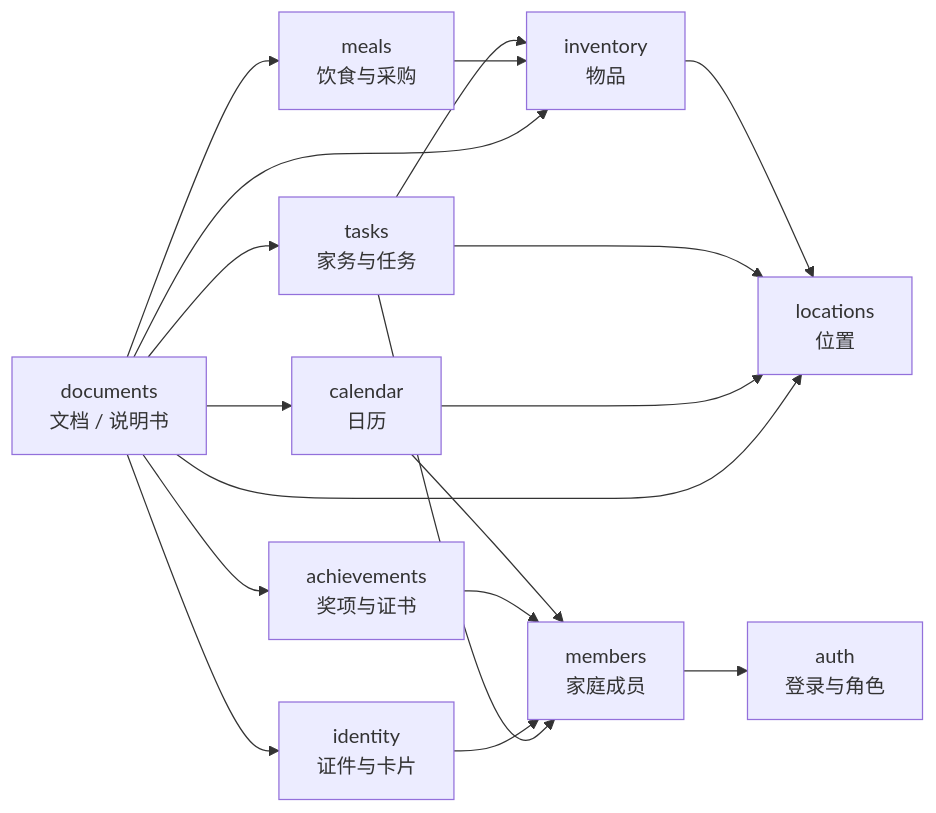
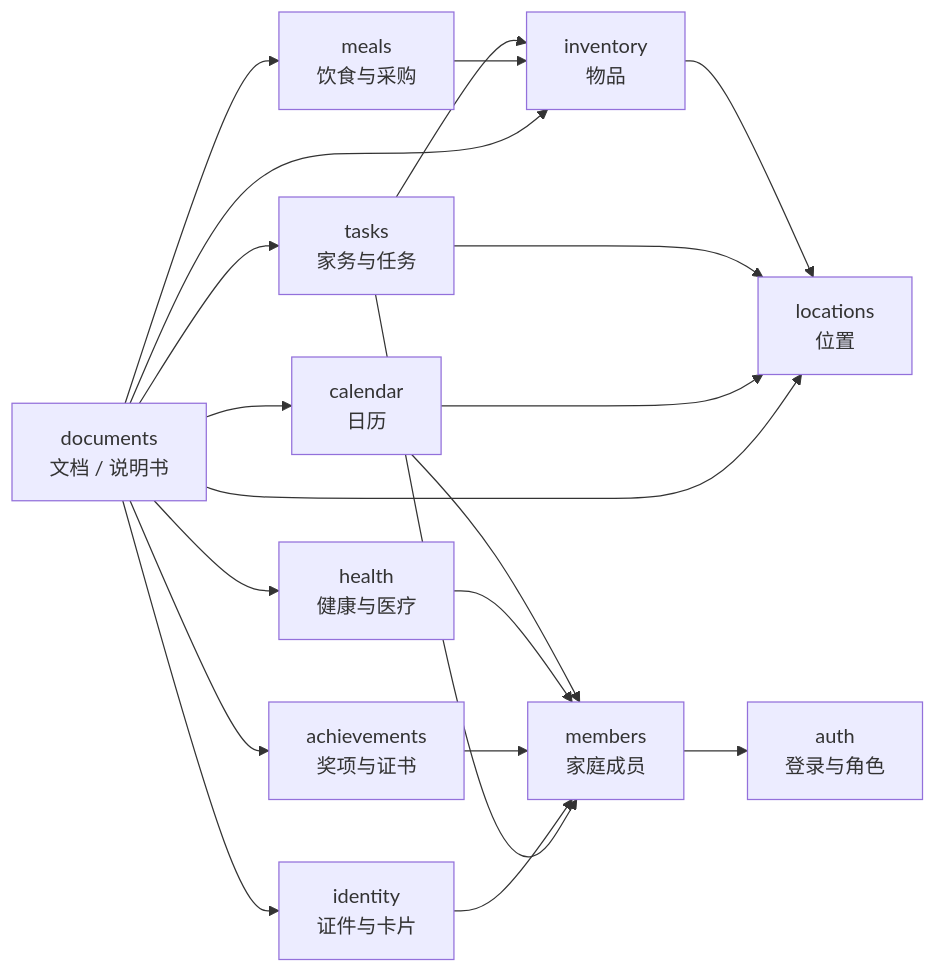
The diagram in docs/08-domain.md (Geno1024-AIGC/home-erp-modern), drawn with Mermaid before and after one commit. The commit also changed other lines of this file and 8 other files, not shown here.

````diff
--- a/docs/08-domain.md
+++ b/docs/08-domain.md
@@ -29,23 +30,26 @@
 ```mermaid
 flowchart LR
     Members["members<br/>家庭成员"] --> Auth["auth<br/>登录与角色"]
     Inventory["inventory<br/>物品"] --> Locations["locations<br/>位置"]
     Tasks["tasks<br/>家务与任务"] --> Locations
     Tasks --> Inventory
     Calendar["calendar<br/>日历"]
     Calendar --> Members
     Calendar --> Locations
     Meals["meals<br/>饮食与采购"] --> Inventory
+    Health["health<br/>健康与医疗"]
+    Health --> Members
     Documents["documents<br/>文档 / 说明书"] --> Inventory
     Documents --> Calendar
     Documents --> Meals
+    Documents --> Health
     Documents --> Locations
     Documents --> Tasks
     Achievements["achievements<br/>奖项与证书"]
     Documents --> Achievements
     Achievements --> Members
     Identity["identity<br/>证件与卡片"]
     Documents --> Identity
     Identity --> Members
     Tasks --> Members
 ```
````
